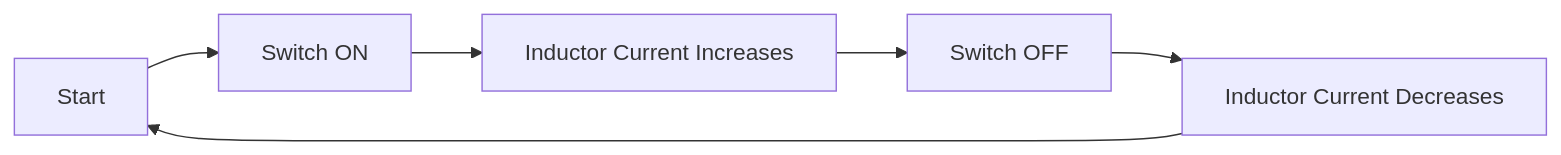
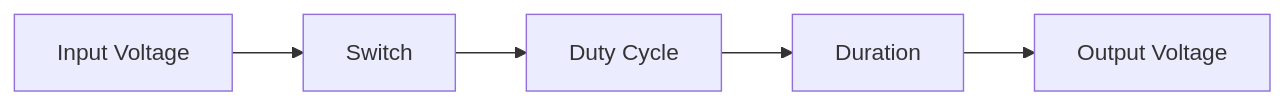
The first of 2 diagrams in frontend/public/assets/gate/ee/power-electronic/chopper.md (imxade/dontCompete), drawn with Mermaid before and after one commit. The commit also changed other lines of this file and 4395 other files, not shown here.

````diff
--- a/frontend/public/assets/gate/ee/power-electronic/chopper.md
+++ b/frontend/public/assets/gate/ee/power-electronic/chopper.md
@@ -20,8 +67,7 @@
 ```mermaid
 graph LR
-A[Start] --> B[Switch ON]
-B --> C[Inductor Current Increases]
-C --> D[Switch OFF]
-D --> E[Inductor Current Decreases]
-E --> A
+A[Input Voltage] --> B[Switch]
+B --> C[Duty Cycle]
+C --> D[Duration]
+D --> E[Output Voltage]
 ```
````
